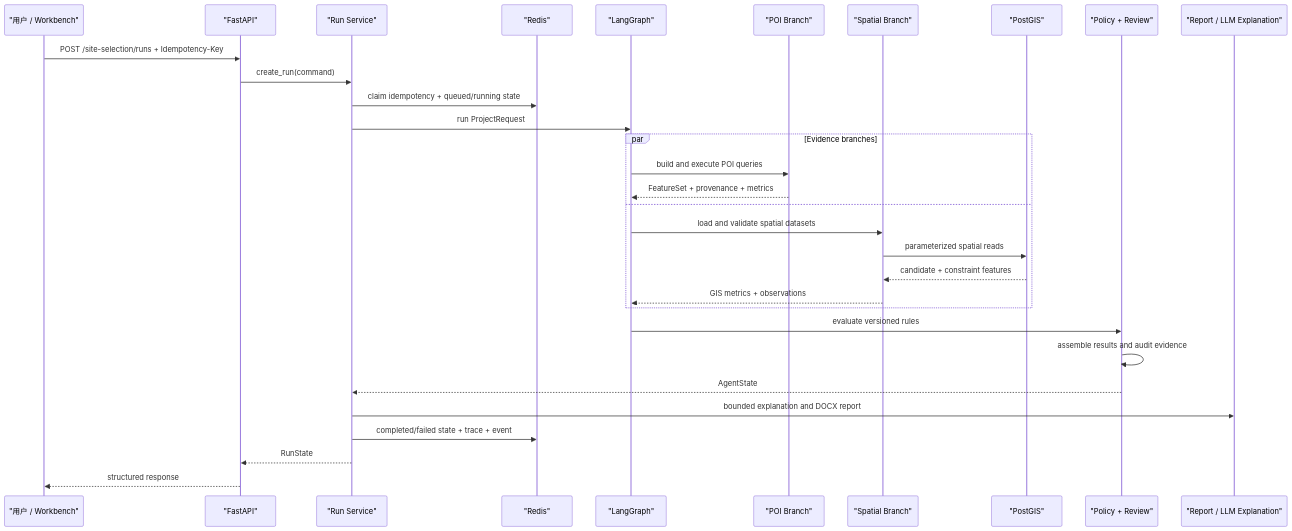
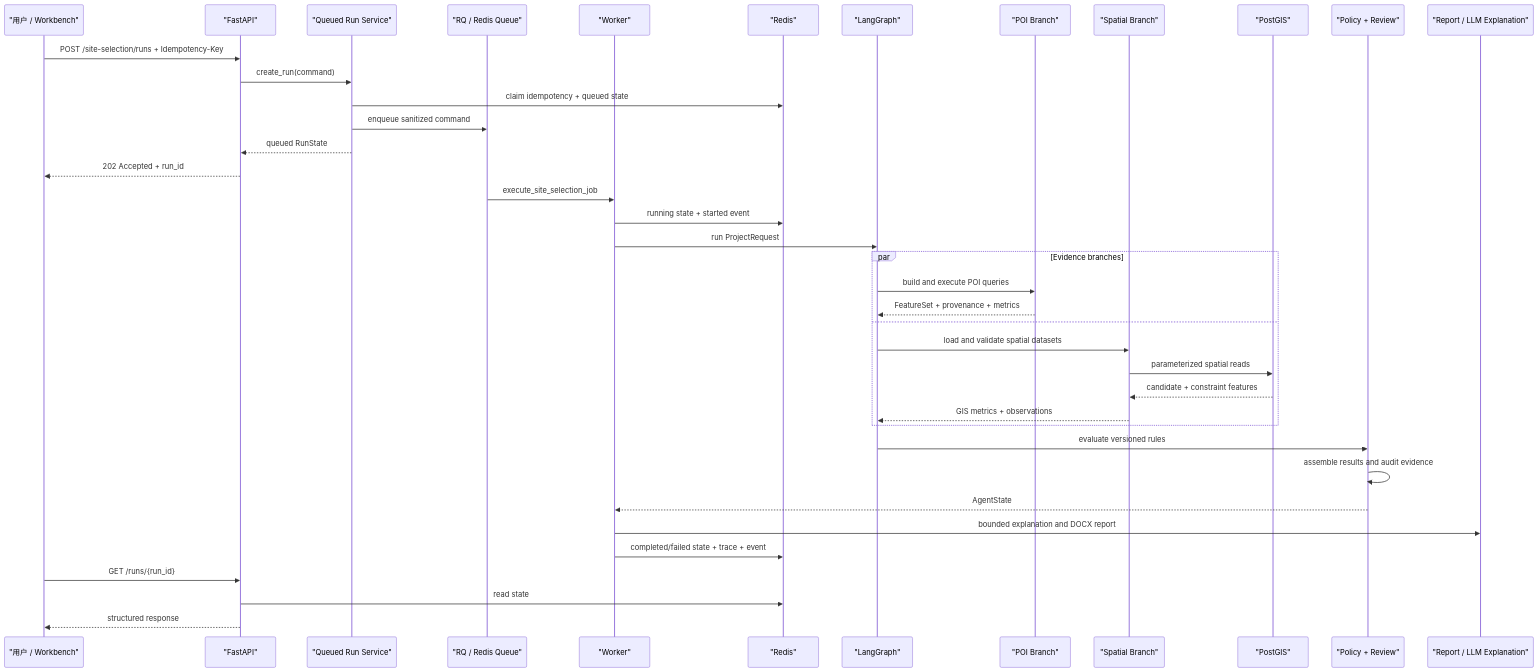
The first of 2 diagrams in docs/architecture.md (1159312243h-gif/spatial-decision-agent), drawn with Mermaid before and after one commit. The commit also changed other lines of this file and 32 other files, not shown here.

Commit message:
feat: add asynchronous site selection worker runtime

````diff
--- a/docs/architecture.md
+++ b/docs/architecture.md
@@ -19,34 +19,42 @@
 ```mermaid
 sequenceDiagram
     participant U as "用户 / Workbench"
     participant A as "FastAPI"
-    participant S as "Run Service"
+    participant S as "Queued Run Service"
+    participant Q as "RQ / Redis Queue"
+    participant W as "Worker"
     participant R as "Redis"
     participant G as "LangGraph"
     participant P as "POI Branch"
     participant X as "Spatial Branch"
     participant D as "PostGIS"
     participant V as "Policy + Review"
     participant O as "Report / LLM Explanation"
 
     U->>A: POST /site-selection/runs + Idempotency-Key
     A->>S: create_run(command)
-    S->>R: claim idempotency + queued/running state
-    S->>G: run ProjectRequest
+    S->>R: claim idempotency + queued state
+    S->>Q: enqueue sanitized command
+    S-->>A: queued RunState
+    A-->>U: 202 Accepted + run_id
+    Q->>W: execute_site_selection_job
+    W->>R: running state + started event
+    W->>G: run ProjectRequest
     par Evidence branches
         G->>P: build and execute POI queries
         P-->>G: FeatureSet + provenance + metrics
     and
         G->>X: load and validate spatial datasets
         X->>D: parameterized spatial reads
         D-->>X: candidate + constraint features
         X-->>G: GIS metrics + observations
     end
     G->>V: evaluate versioned rules
     V->>V: assemble results and audit evidence
-    V-->>S: AgentState
-    S->>O: bounded explanation and DOCX report
-    S->>R: completed/failed state + trace + event
-    S-->>A: RunState
+    V-->>W: AgentState
+    W->>O: bounded explanation and DOCX report
+    W->>R: completed/failed state + trace + event
+    U->>A: GET /runs/{run_id}
+    A->>R: read state
     A-->>U: structured response
 ```
````
